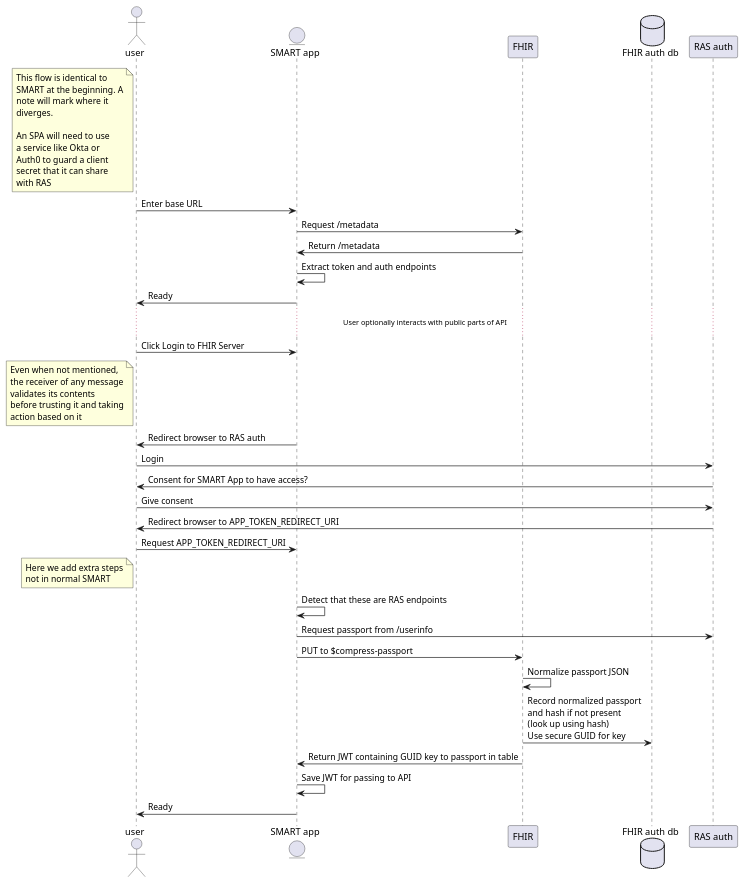
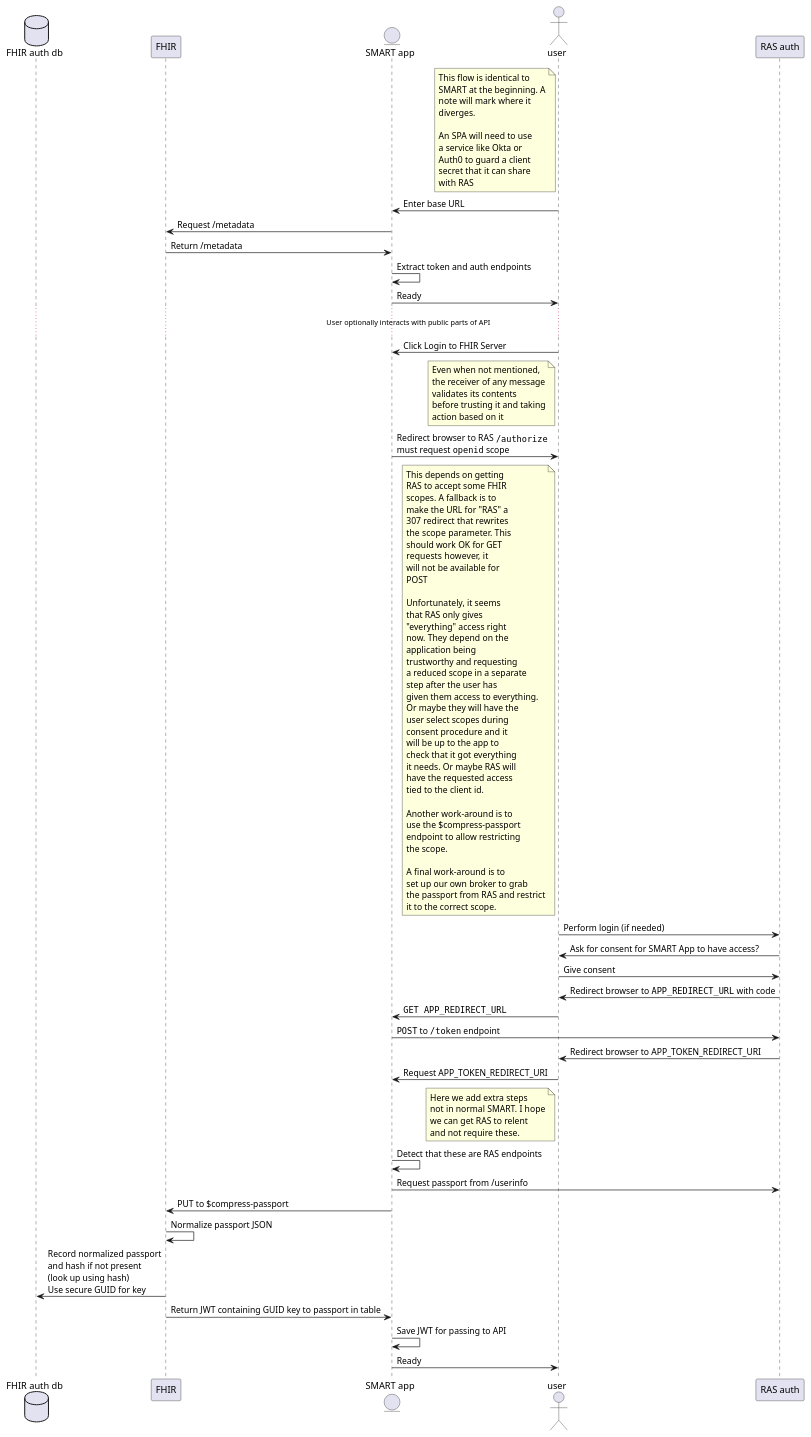
The diagram in uml/authentication_flow.plantuml (RadixSeven/RAS-FHIR-Flow), drawn with PlantUML before and after one commit.

Commit message:
Fill out SMART section FHIR-97

```diff
--- a/uml/authentication_flow.plantuml
+++ b/uml/authentication_flow.plantuml
@@ -1,60 +1,103 @@
 @startuml "authentication_flow"
-' java -jar plantuml.jar -verbose docs/uml/authentication_flow.plantuml -o imgs
+database "FHIR auth db" as FhirDb
+participant "FHIR" as Fhir
+entity "SMART app" as App
 actor user as User
-entity "SMART app" as App
-participant "FHIR" as Fhir
-database "FHIR auth db" as FhirDb
 participant "RAS auth" as Ras
 
 note left of User
 This flow is identical to
 SMART at the beginning. A
 note will mark where it
 diverges.
 
 An SPA will need to use
 a service like Okta or
 Auth0 to guard a client
 secret that it can share
 with RAS
 end note
 
 User -> App : Enter base URL
 App -> Fhir : Request /metadata
 Fhir -> App : Return /metadata
 App -> App : Extract token and auth endpoints
 App -> User : Ready
 ... User optionally interacts with public parts of API ...
 User -> App : Click Login to FHIR Server
 
 note left of User
 Even when not mentioned,
 the receiver of any message
 validates its contents
 before trusting it and taking
 action based on it
 end note
 
-'TODO Finish rewriting SMART section'
-App -> User : Redirect browser to RAS auth
-User -> Ras : Login
-Ras -> User: Consent for SMART App to have access?
+App -> User : Redirect browser to RAS ""/authorize""\nmust request ""openid"" scope
+note left of User
+This depends on getting
+RAS to accept some FHIR
+scopes. A fallback is to
+make the URL for "RAS" a
+307 redirect that rewrites
+the scope parameter. This
+should work OK for GET
+requests however, it
+will not be available for
+POST
+
+Unfortunately, it seems
+that RAS only gives
+"everything" access right
+now. They depend on the
+application being
+trustworthy and requesting
+a reduced scope in a separate
+step after the user has
+given them access to everything.
+Or maybe they will have the
+user select scopes during
+consent procedure and it
+will be up to the app to
+check that it got everything
+it needs. Or maybe RAS will
+have the requested access
+tied to the client id.
+
+Another work-around is to
+use the $compress-passport
+endpoint to allow restricting
+the scope.
+
+A final work-around is to
+set up our own broker to grab
+the passport from RAS and restrict
+it to the correct scope.
+end note
+User -> Ras : Perform login (if needed)
+Ras -> User: Ask for consent for SMART App to have access?
 User -> Ras : Give consent
+Ras -> User : Redirect browser to ""APP_REDIRECT_URL"" with code
+User -> App : ""GET APP_REDIRECT_URL""
+App -> Ras : ""POST"" to ""/token"" endpoint
 Ras -> User : Redirect browser to APP_TOKEN_REDIRECT_URI
 User -> App: Request APP_TOKEN_REDIRECT_URI
 
 note left of User
 Here we add extra steps
-not in normal SMART
+not in normal SMART. I hope
+we can get RAS to relent
+and not require these.
 end note
 
 App -> App : Detect that these are RAS endpoints
 App -> Ras : Request passport from /userinfo
 App -> Fhir : PUT to $compress-passport
 Fhir -> Fhir : Normalize passport JSON
 Fhir-> FhirDb: Record normalized passport\nand hash if not present\n(look up using hash)\nUse secure GUID for key
 Fhir-> App : Return JWT containing GUID key to passport in table
 App -> App: Save JWT for passing to API
 App -> User: Ready
 
 @enduml
```
